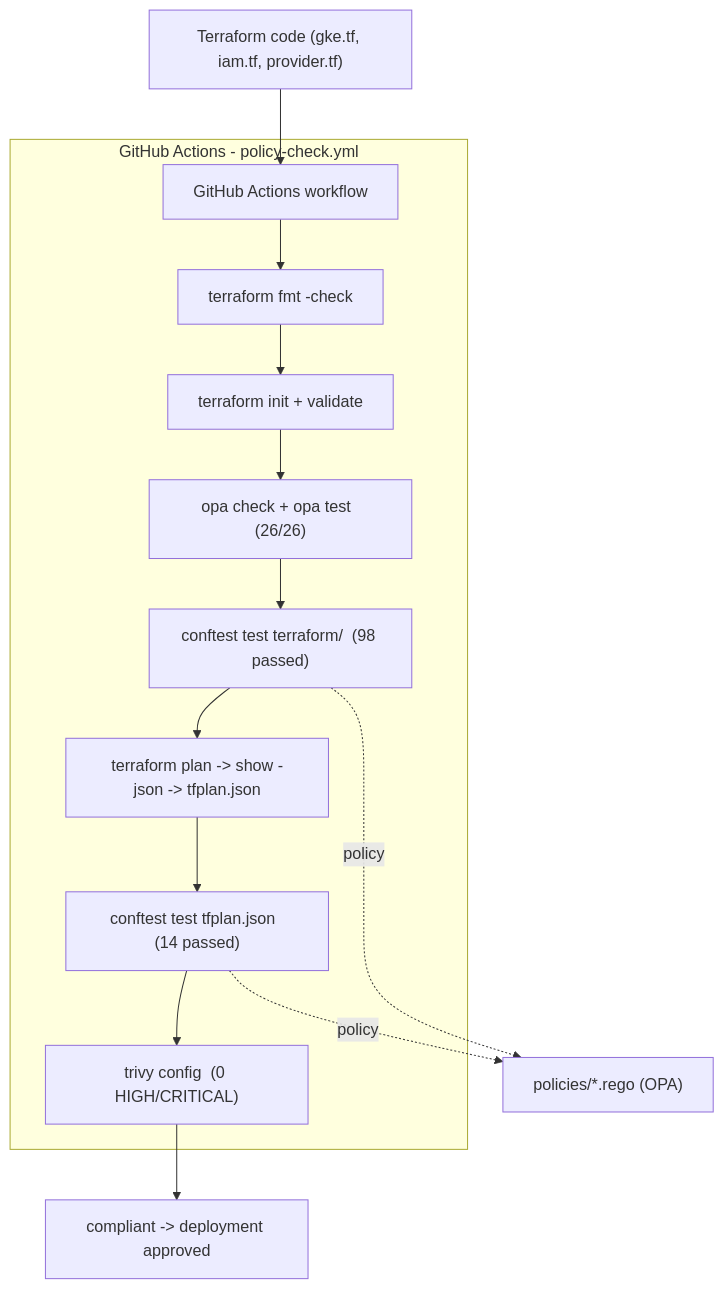
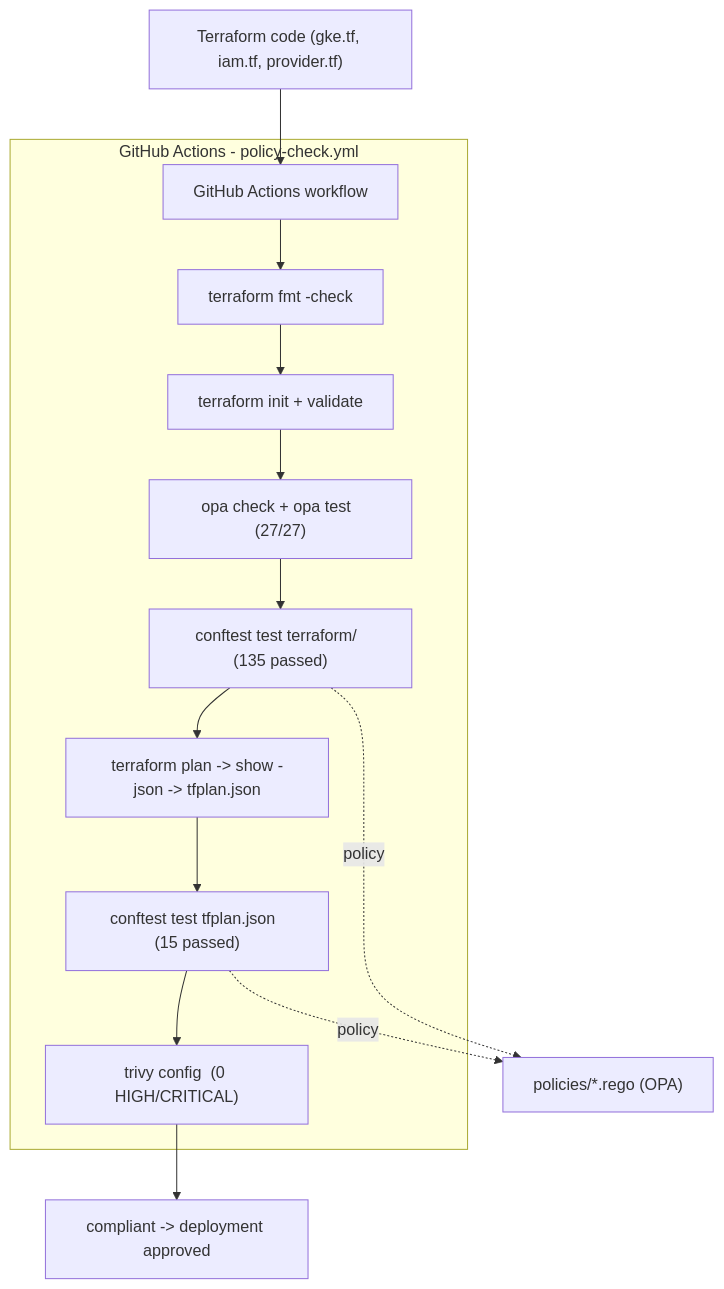
The diagram in README.md (VurumuMahesh15/gcp-policy-as-code), drawn with Mermaid before and after one commit. The commit also changed other lines of this file, not shown here.

````diff
--- a/README.md
+++ b/README.md
@@ -13,16 +15,16 @@
 ```mermaid
 flowchart TB
     A["Terraform code (gke.tf, iam.tf, provider.tf)"] --> B["GitHub Actions workflow"]
     subgraph CI["GitHub Actions - policy-check.yml"]
         B --> C["terraform fmt -check"]
         C --> D["terraform init + validate"]
-        D --> E["opa check + opa test  (26/26)"]
-        E --> F["conftest test terraform/  (98 passed)"]
+        D --> E["opa check + opa test  (27/27)"]
+        E --> F["conftest test terraform/  (135 passed)"]
         F --> G["terraform plan -> show -json -> tfplan.json"]
-        G --> H["conftest test tfplan.json  (14 passed)"]
+        G --> H["conftest test tfplan.json  (15 passed)"]
         H --> I["trivy config  (0 HIGH/CRITICAL)"]
     end
     I --> J["compliant -> deployment approved"]
     F -. policy .-> P["policies/*.rego (OPA)"]
     H -. policy .-> P
 ```
````
